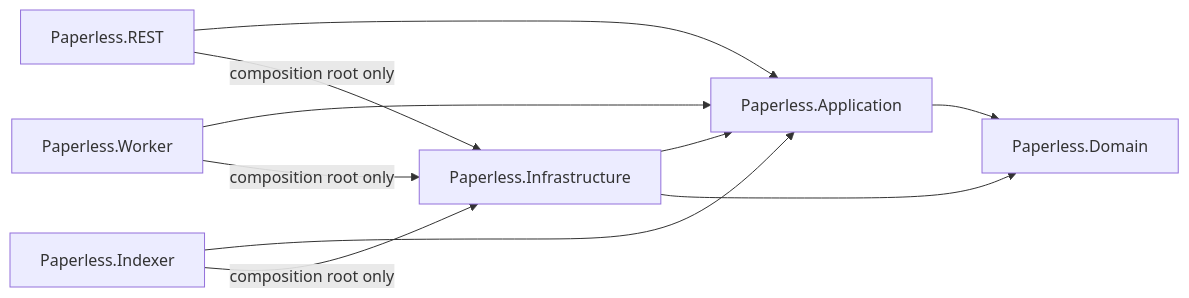
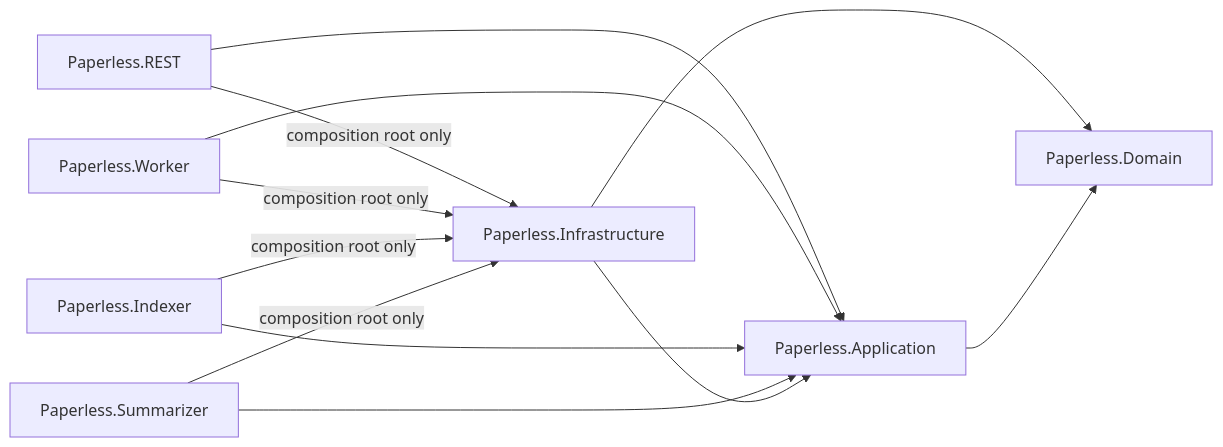
The diagram in README.md (mfatihy70/PaperlessDMS), drawn with Mermaid before and after one commit. The commit also changed other lines of this file and 44 other files, not shown here.

````diff
--- a/README.md
+++ b/README.md
@@ -20,12 +23,14 @@
 ```mermaid
 flowchart LR
     REST[Paperless.REST] --> Application[Paperless.Application]
     REST -->|composition root only| Infrastructure[Paperless.Infrastructure]
     Worker[Paperless.Worker] --> Application
     Worker -->|composition root only| Infrastructure
     Indexer[Paperless.Indexer] --> Application
     Indexer -->|composition root only| Infrastructure
+    Summarizer[Paperless.Summarizer] --> Application
+    Summarizer -->|composition root only| Infrastructure
     Infrastructure --> Application
     Infrastructure --> Domain[Paperless.Domain]
     Application --> Domain
 ```
````
